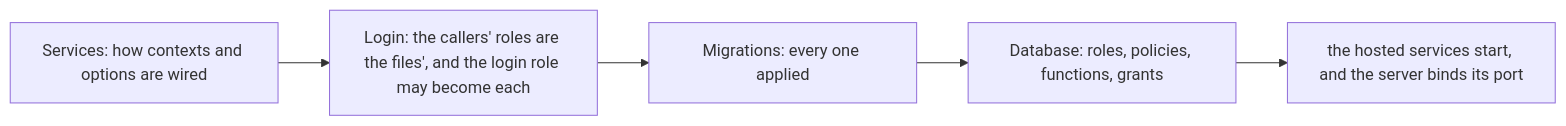
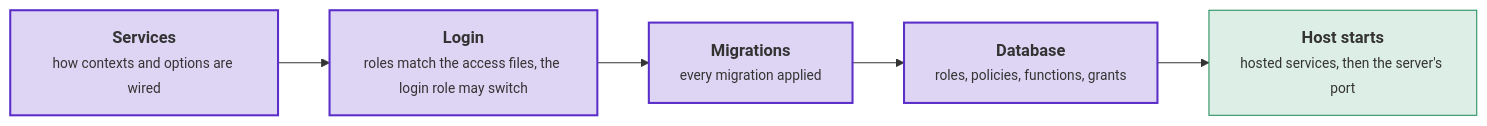
One commit to DylanSnel/DDDToolkit changed the diagram in docs/startup-checks.md. Above: the diagram before and after it, drawn with Mermaid. The commit also changed other lines of this file and 41 other files, not shown here.

First line of the commit message:
Docs: plain prose, one word per concept, and readable diagrams on every page

````diff
--- a/docs/startup-checks.md
+++ b/docs/startup-checks.md
@@ -22,7 +31,13 @@
 ```mermaid
 flowchart LR
-    Services["Services: how contexts and options are wired"] --> Login["Login: the callers' roles are the files', and the login role may become each"]
-    Login --> Migrations["Migrations: every one applied"]
-    Migrations --> Database["Database: roles, policies, functions, grants"]
-    Database --> Started["the hosted services start, and the server binds its port"]
+    services["<b>Services</b><br/><small>how contexts and options are wired</small>"]
+    login["<b>Login</b><br/><small>roles match the access files, the login role may switch</small>"]
+    migrations["<b>Migrations</b><br/><small>every migration applied</small>"]
+    database["<b>Database</b><br/><small>roles, policies, functions, grants</small>"]
+    started["<b>Host starts</b><br/><small>hosted services, then the server's port</small>"]
+    services --> login --> migrations --> database --> started
+    classDef strong fill:#5b2ec933,stroke:#5b2ec9,stroke-width:2px
+    classDef good fill:#1f8a5b26,stroke:#1f8a5b
+    class services,login,migrations,database strong
+    class started good
 ```
````
